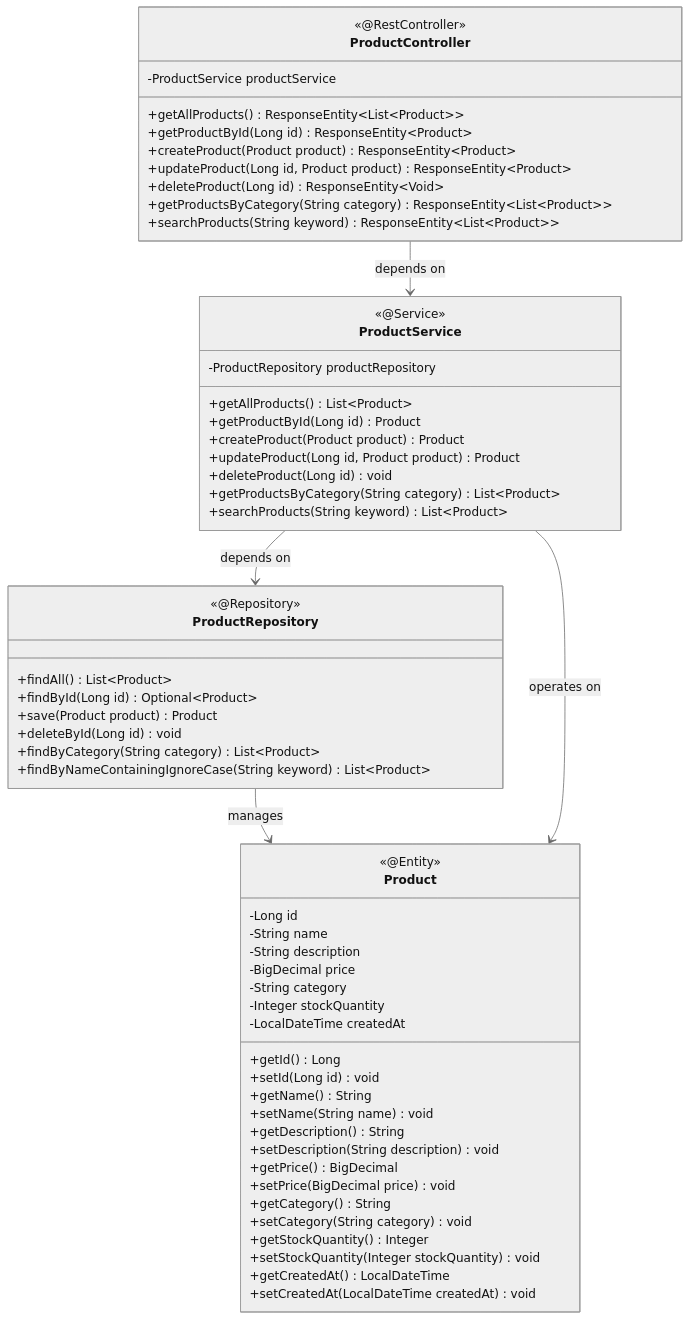
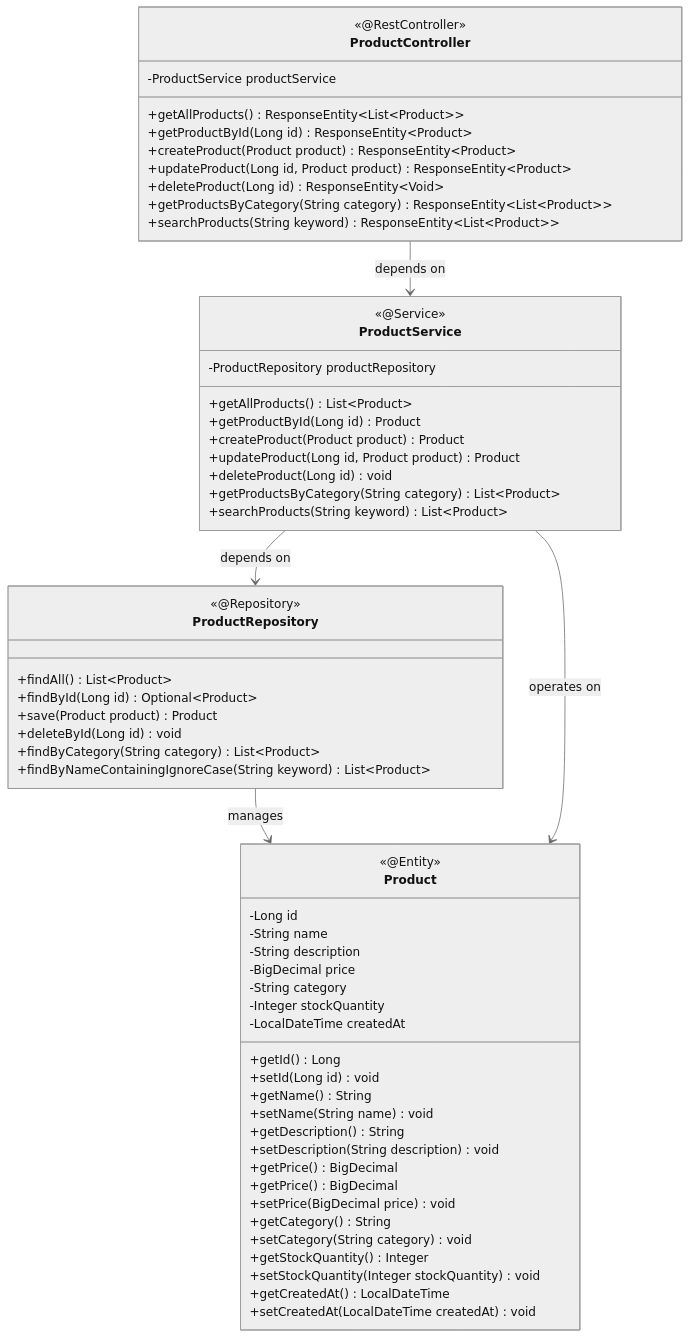
Before and after one commit to NavneetBN47/aava-ecom-demo: the first of 9 diagrams in docs/LLD/lld.md, drawn with Mermaid (neutral theme).

Commit message:
Auto-chunked LLD commit: 2026-03-05-16-54-35

````diff
--- a/docs/LLD/lld.md
+++ b/docs/LLD/lld.md
@@ -14,67 +14,68 @@
 ```mermaid
 classDiagram
     class ProductController {
         <<@RestController>>
         -ProductService productService
         +getAllProducts() ResponseEntity~List~Product~~
         +getProductById(Long id) ResponseEntity~Product~
         +createProduct(Product product) ResponseEntity~Product~
         +updateProduct(Long id, Product product) ResponseEntity~Product~
         +deleteProduct(Long id) ResponseEntity~Void~
         +getProductsByCategory(String category) ResponseEntity~List~Product~~
         +searchProducts(String keyword) ResponseEntity~List~Product~~
     }
     
     class ProductService {
         <<@Service>>
         -ProductRepository productRepository
         +getAllProducts() List~Product~
         +getProductById(Long id) Product
         +createProduct(Product product) Product
         +updateProduct(Long id, Product product) Product
         +deleteProduct(Long id) void
         +getProductsByCategory(String category) List~Product~
         +searchProducts(String keyword) List~Product~
     }
     
     class ProductRepository {
         <<@Repository>>
         <<interface>>
         +findAll() List~Product~
         +findById(Long id) Optional~Product~
         +save(Product product) Product
         +deleteById(Long id) void
         +findByCategory(String category) List~Product~
         +findByNameContainingIgnoreCase(String keyword) List~Product~
     }
     
     class Product {
         <<@Entity>>
         -Long id
         -String name
         -String description
         -BigDecimal price
         -String category
         -Integer stockQuantity
         -LocalDateTime createdAt
         +getId() Long
         +setId(Long id) void
         +getName() String
         +setName(String name) void
         +getDescription() String
         +setDescription(String description) void
         +getPrice() BigDecimal
+        +getPrice() BigDecimal
         +setPrice(BigDecimal price) void
         +getCategory() String
         +setCategory(String category) void
         +getStockQuantity() Integer
         +setStockQuantity(Integer stockQuantity) void
         +getCreatedAt() LocalDateTime
         +setCreatedAt(LocalDateTime createdAt) void
     }
     
     ProductController --> ProductService : depends on
     ProductService --> ProductRepository : depends on
     ProductRepository --> Product : manages
     ProductService --> Product : operates on
 ```
````
